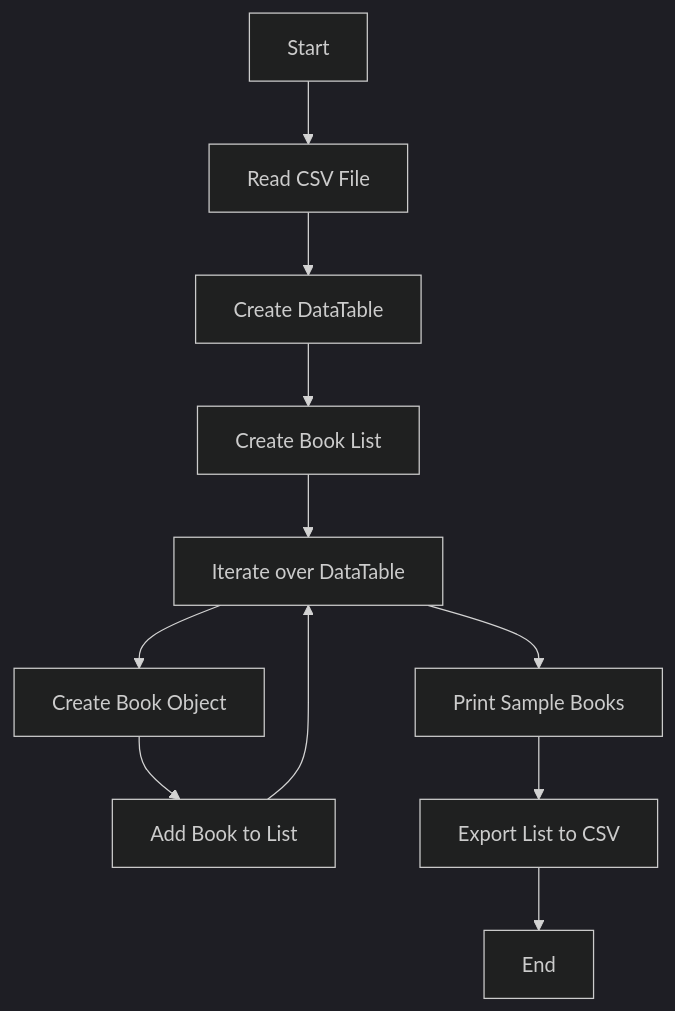
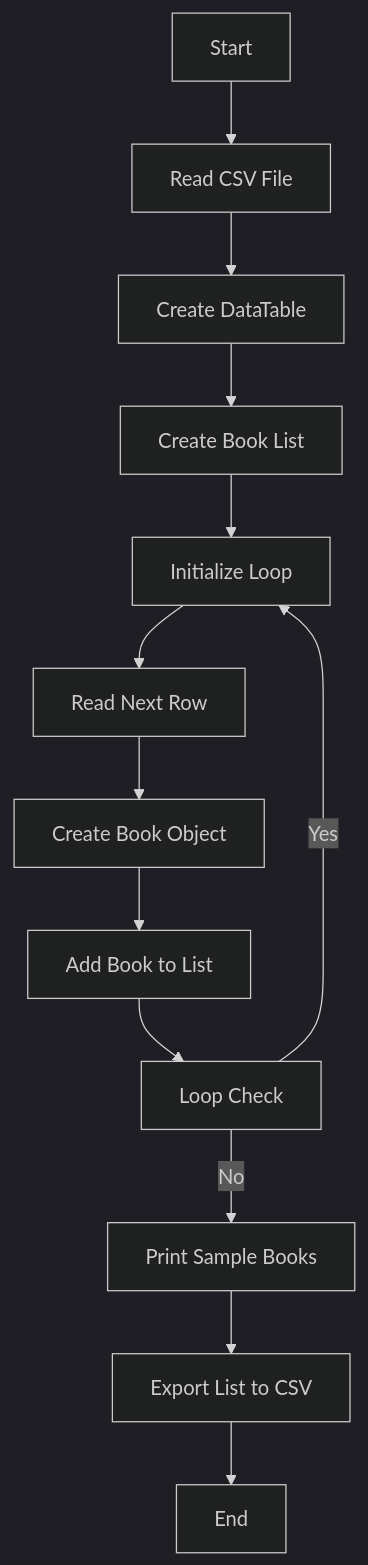
The diagram in doc/Problem 2 Doc.md (CompIsle/Unit-16-A2), drawn with Mermaid (dark theme) before and after one commit. The commit also changed 1 other file, not shown here.

````diff
--- a/doc/Problem 2 Doc.md
+++ b/doc/Problem 2 Doc.md
@@ -38,13 +38,15 @@
 ```mermaid
 graph TD
 A[Start] --> B[Read CSV File]
 B --> C[Create DataTable]
 C --> D[Create Book List]
-D --> E[Iterate over DataTable]
-E --> F[Create Book Object]
-F --> G[Add Book to List]
-G --> E
-E --> H[Print Sample Books]
-H --> I[Export List to CSV]
-I --> J[End]
+D --> E[Initialize Loop]
+E --> F[Read Next Row]
+F --> G[Create Book Object]
+G --> H[Add Book to List]
+H --> I[Loop Check]
+I -- Yes --> E
+I -- No --> J[Print Sample Books]
+J --> K[Export List to CSV]
+K --> L[End]
 ```
````
